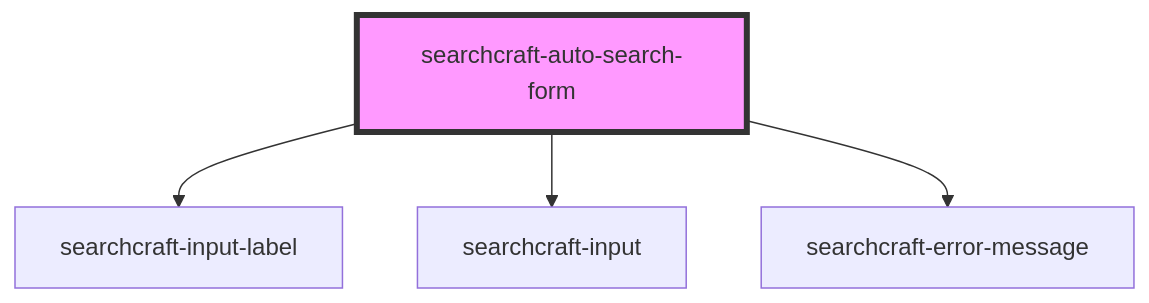
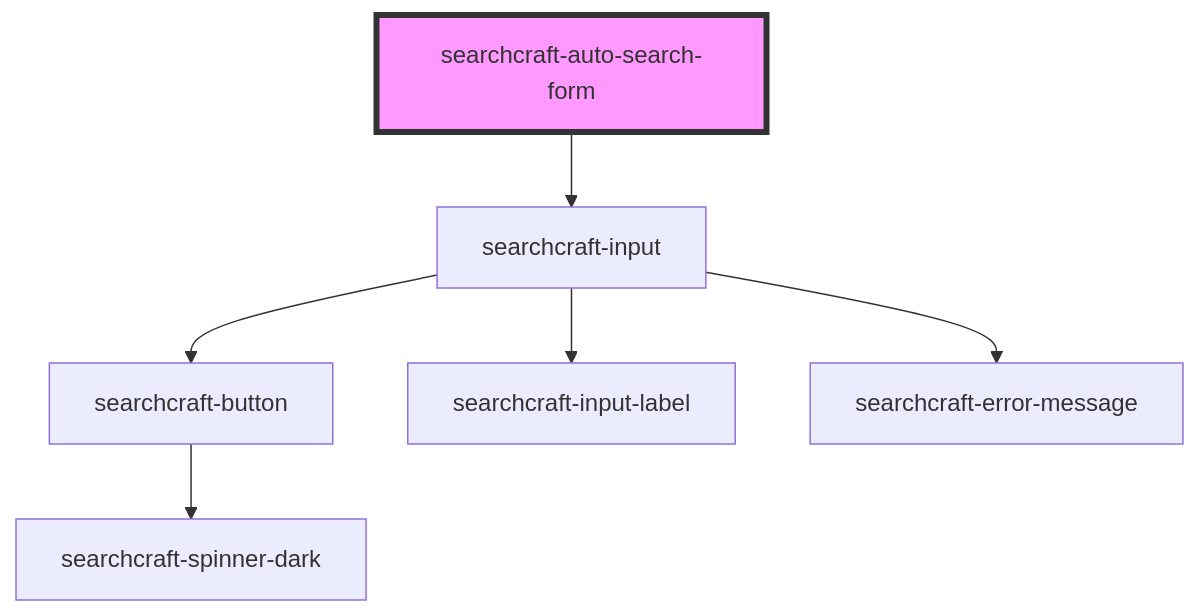
Before and after one commit to searchcraft-inc/searchcraft-javascript-sdks: the diagram in packages/javascript-sdk/src/components/searchcraft-auto-search-form/readme.md, drawn with Mermaid. The commit also changed other lines of this file and 24 other files, not shown here.

Commit message:
Refactors searchcraft-input to prep for popover component re:SC-554

````diff
--- a/packages/javascript-sdk/src/components/searchcraft-auto-search-form/readme.md
+++ b/packages/javascript-sdk/src/components/searchcraft-auto-search-form/readme.md
@@ -39,7 +35,9 @@
 ```mermaid
 graph TD;
-  searchcraft-auto-search-form --> searchcraft-input-label
   searchcraft-auto-search-form --> searchcraft-input
-  searchcraft-auto-search-form --> searchcraft-error-message
+  searchcraft-input --> searchcraft-button
+  searchcraft-input --> searchcraft-input-label
+  searchcraft-input --> searchcraft-error-message
+  searchcraft-button --> searchcraft-spinner-dark
   style searchcraft-auto-search-form fill:#f9f,stroke:#333,stroke-width:4px
 ```
````
